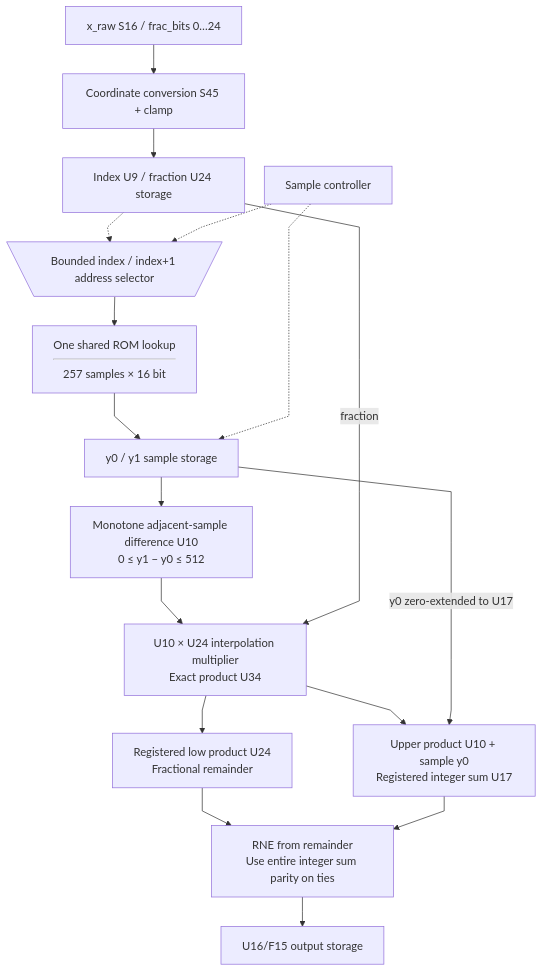
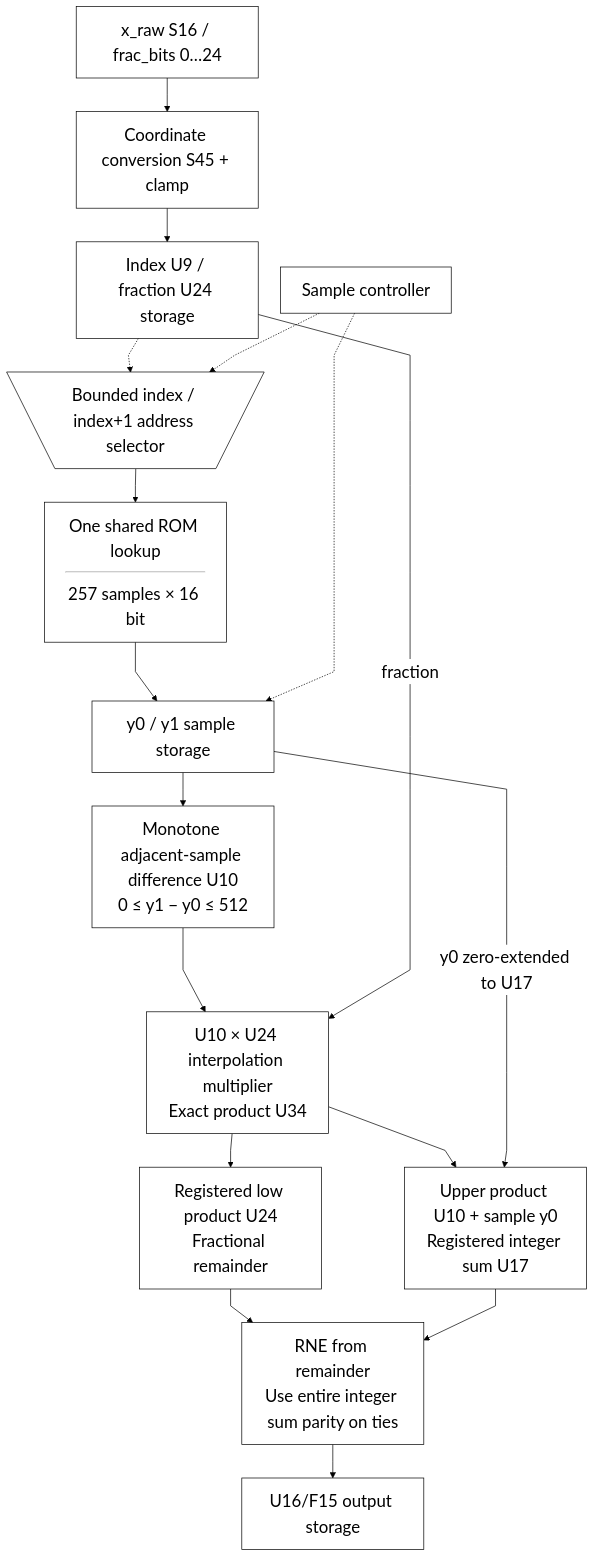
Before and after one commit to nguyennhutkhanhtom/NPU: the second of 2 diagrams in docs/source_guide/blocks/sigmoid.sv.md, drawn with Mermaid. The commit also changed other lines of this file and 102 other files, not shown here.

First line of the commit message:
docs: refresh guides and source-grounded RTL diagrams

````diff
--- a/docs/source_guide/blocks/sigmoid.sv.md
+++ b/docs/source_guide/blocks/sigmoid.sv.md
@@ -154,20 +156,22 @@
 ```mermaid
+%%{init: {"theme":"base","fontFamily":"Arial, sans-serif","themeVariables":{"fontSize":"24px","primaryColor":"#ffffff","primaryTextColor":"#000000","primaryBorderColor":"#000000","secondaryColor":"#ffffff","tertiaryColor":"#ffffff","lineColor":"#000000","textColor":"#000000","mainBkg":"#ffffff","nodeBorder":"#000000","clusterBkg":"#ffffff","clusterBorder":"#000000","edgeLabelBackground":"#ffffff"},"flowchart":{"htmlLabels":true,"useMaxWidth":false,"nodeSpacing":32,"rankSpacing":48,"curve":"linear","subGraphTitleMargin":{"top":16,"bottom":30}}}}%%
 flowchart TB
-%%{init: {"flowchart": {"subGraphTitleMargin": {"top": 8, "bottom": 20}, "nodeSpacing": 28, "rankSpacing": 42, "curve": "linear"}}}%%
-    X["x_raw S16 / frac_bits 0…24"] --> COORD["Coordinate conversion S45 + clamp"]
+X["x_raw S16 / frac_bits 0…24"] --> COORD["Coordinate conversion S45 + clamp"]
     COORD --> IDX["Index U9 / fraction U24 storage"]
     IDX -.-> ADDR@{ shape: trap-t, label: "Bounded index / index+1 address selector" }
     CTRL["Sample controller"] -.-> ADDR
     ADDR --> ROM@{ shape: rect, label: "One shared ROM lookup<hr/>257 samples × 16 bit" }
     ROM --> SAMPLE["y0 / y1 sample storage"]
     CTRL -.-> SAMPLE
     SAMPLE --> SUB["Monotone adjacent-sample difference U10<br/>0 ≤ y1 − y0 ≤ 512"]
     SUB --> MUL["U10 × U24 interpolation multiplier<br/>Exact product U34"]
     IDX -->|"fraction"| MUL
     MUL --> ADD["Upper product U10 + sample y0<br/>Registered integer sum U17"]
     SAMPLE -->|"y0 zero-extended to U17"| ADD
     MUL --> REM["Registered low product U24<br/>Fractional remainder"]
     REM --> RNE["RNE from remainder<br/>Use entire integer sum parity on ties"]
     ADD --> RNE
     RNE --> Y["U16/F15 output storage"]
+    classDef default fill:white,stroke:black,color:black,font-size:24px;
+    linkStyle default stroke:black,color:black;
 ```
````
